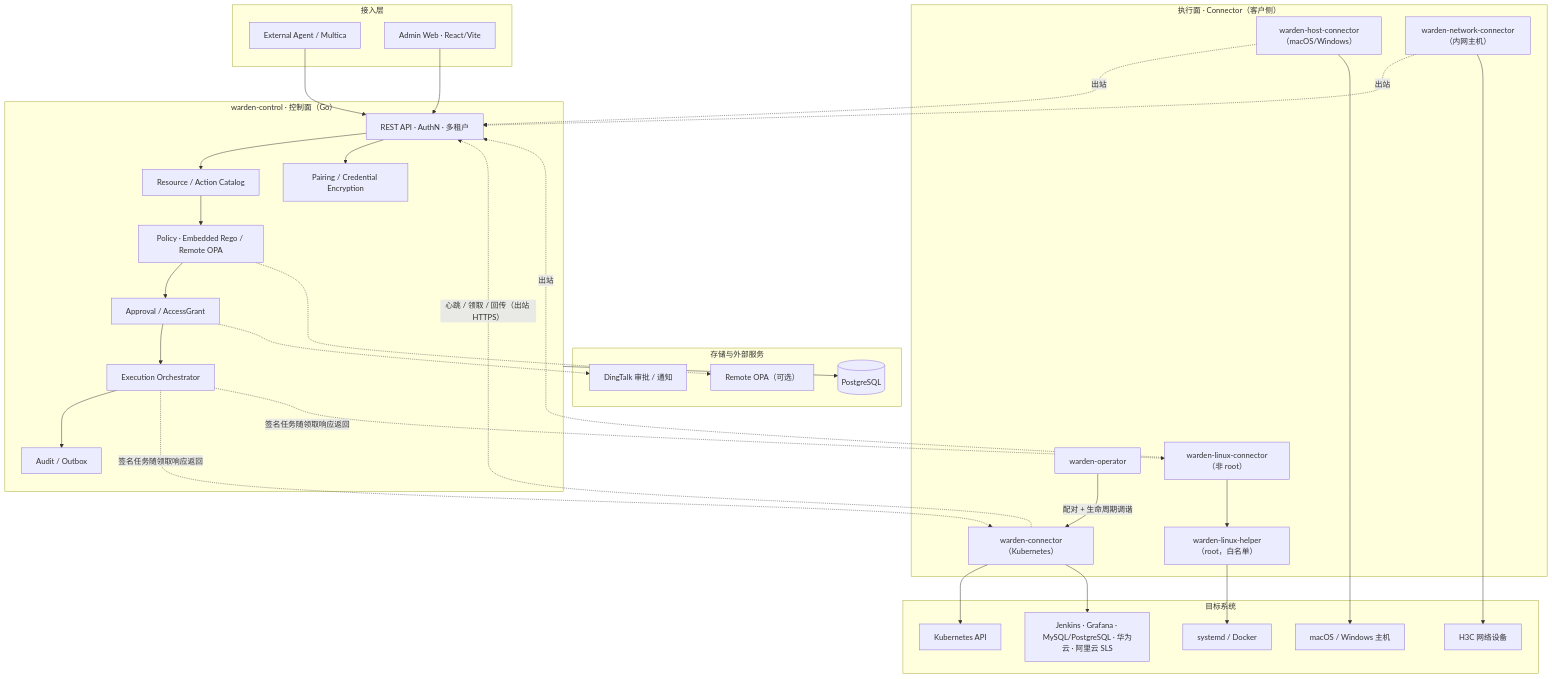
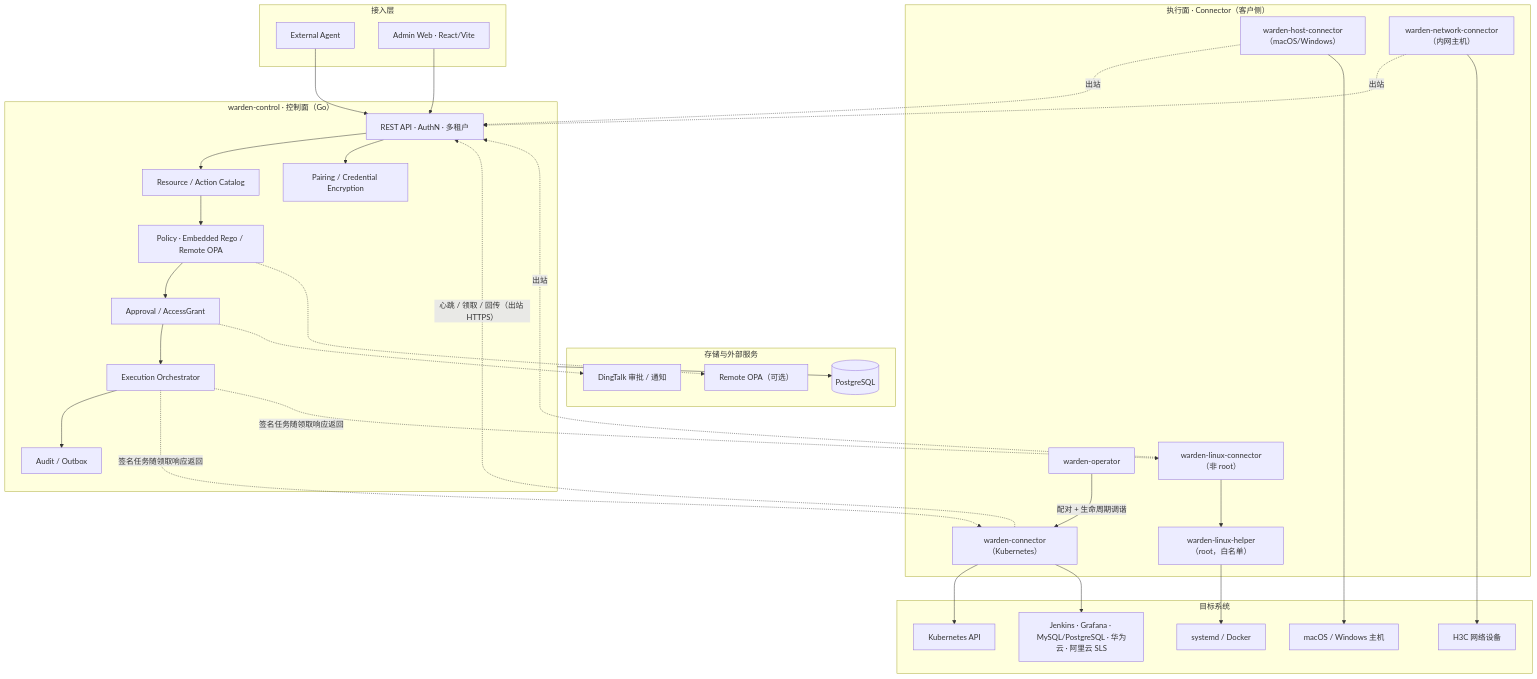
One commit to warden-platform/warden changed the first of 4 diagrams in docs/architecture.md. Above: the diagram before and after it, drawn with Mermaid. The commit also changed 8 other files, not shown here.

````diff
--- a/docs/architecture.md
+++ b/docs/architecture.md
@@ -33,61 +33,61 @@
 ```mermaid
 flowchart TB
     subgraph CLIENT["接入层"]
-        AGENT["External Agent / Multica"]
+        AGENT["External Agent"]
         WEB["Admin Web · React/Vite"]
     end
 
     subgraph CONTROL["warden-control · 控制面（Go）"]
         API["REST API · AuthN · 多租户"]
         CATALOG["Resource / Action Catalog"]
         POLICY["Policy · Embedded Rego / Remote OPA"]
         ACCESS["Approval / AccessGrant"]
         EXEC["Execution Orchestrator"]
         AUDIT["Audit / Outbox"]
         PAIRING["Pairing / Credential Encryption"]
     end
 
     subgraph DEP["存储与外部服务"]
         PG[("PostgreSQL")]
         OPA["Remote OPA（可选）"]
         DING["DingTalk 审批 / 通知"]
     end
 
     subgraph EDGE["执行面 · Connector（客户侧）"]
         OP["warden-operator"]
         KC["warden-connector（Kubernetes）"]
         LC["warden-linux-connector（非 root）"]
         LH["warden-linux-helper（root，白名单）"]
         HC["warden-host-connector（macOS/Windows）"]
         NC["warden-network-connector（内网主机）"]
     end
 
     subgraph TARGET["目标系统"]
         K8S["Kubernetes API"]
         HOST["systemd / Docker"]
         MHOST["macOS / Windows 主机"]
         NET["H3C 网络设备"]
         INTEG["Jenkins · Grafana · MySQL/PostgreSQL · 华为云 · 阿里云 SLS"]
     end
 
     AGENT --> API
     WEB --> API
     API --> CATALOG --> POLICY --> ACCESS --> EXEC --> AUDIT
     API --> PAIRING
     CONTROL --> PG
     POLICY -.-> OPA
     ACCESS -.-> DING
 
     KC -. "心跳 / 领取 / 回传（出站 HTTPS）" .-> API
     LC -. "出站" .-> API
     HC -. "出站" .-> API
     NC -. "出站" .-> API
     EXEC -. "签名任务随领取响应返回" .-> KC
     EXEC -. "签名任务随领取响应返回" .-> LC
 
     OP -- "配对 + 生命周期调谐" --> KC --> K8S
     KC --> INTEG
     LC --> LH --> HOST
     HC --> MHOST
     NC --> NET
 ```
````
